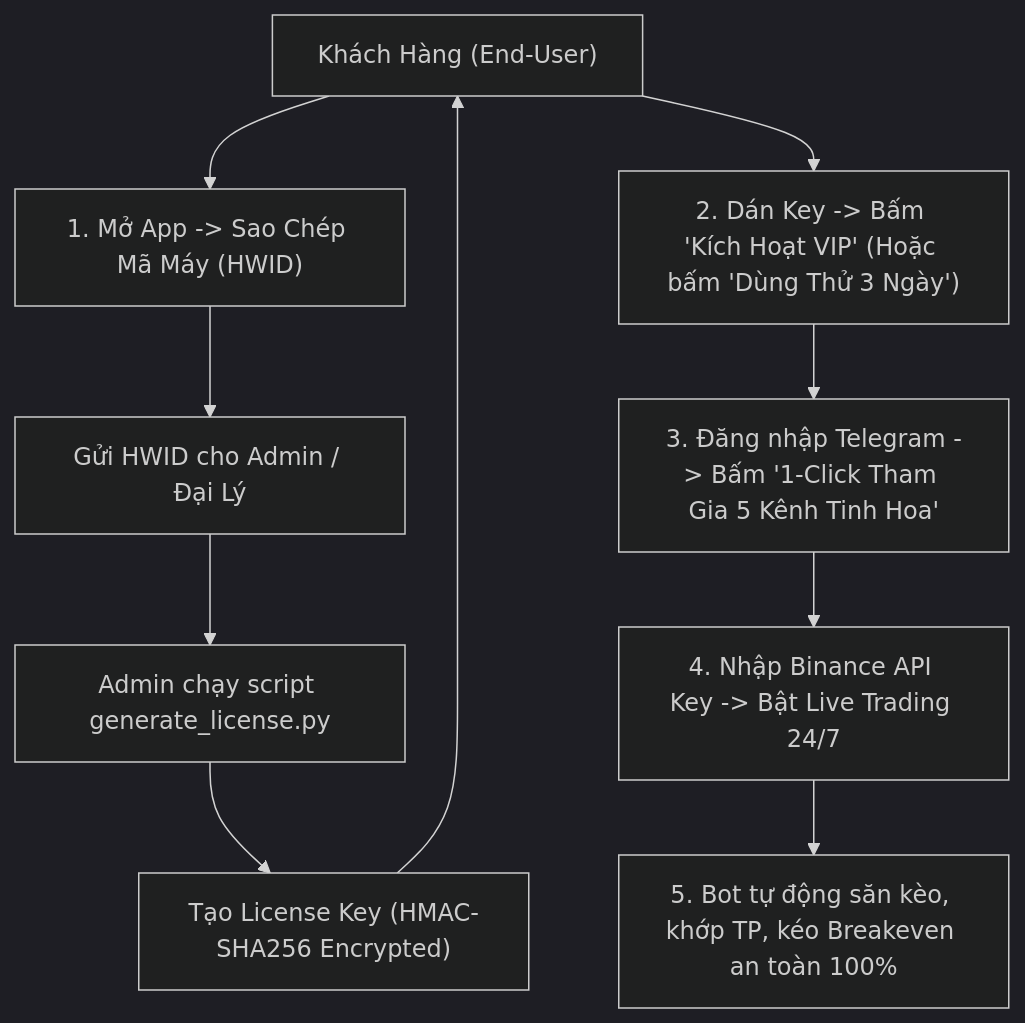
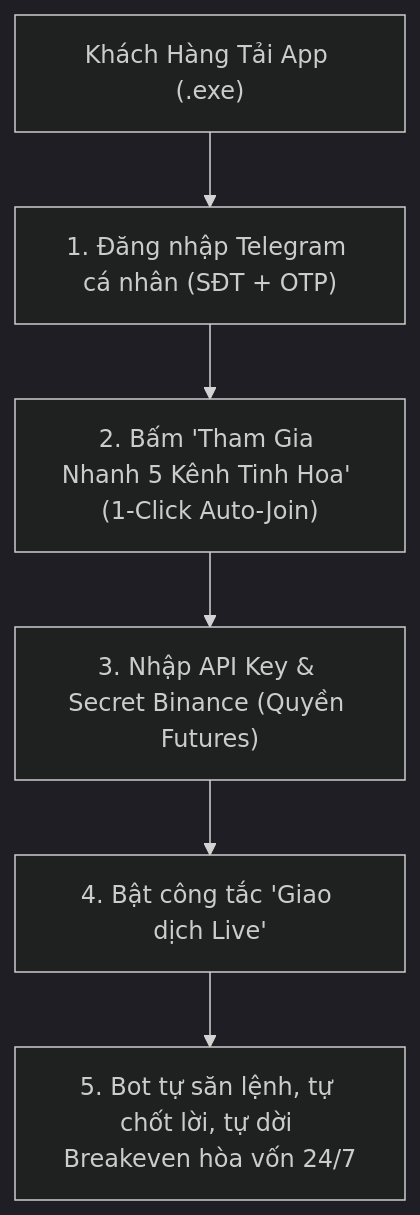
One commit to DungDT293/bottradecrypto changed the diagram in docs/COMMERCIAL_LICENSE_GUIDE.md. Above: the diagram before and after it, drawn with Mermaid (dark theme). The commit also changed other lines of this file, not shown here.

````diff
--- a/docs/COMMERCIAL_LICENSE_GUIDE.md
+++ b/docs/COMMERCIAL_LICENSE_GUIDE.md
@@ -9,12 +11,8 @@
 ```mermaid
 flowchart TD
-    User["Khách Hàng (End-User)"] --> Step1["1. Mở App -> Sao Chép Mã Máy (HWID)"]
-    Step1 --> Admin["Gửi HWID cho Admin / Đại Lý"]
-    Admin --> KeyGen["Admin chạy script generate_license.py"]
-    KeyGen --> LicenseKey["Tạo License Key (HMAC-SHA256 Encrypted)"]
-    LicenseKey --> User
-    User --> Activate["2. Dán Key -> Bấm 'Kích Hoạt VIP' (Hoặc bấm 'Dùng Thử 3 Ngày')"]
-    Activate --> TGAuth["3. Đăng nhập Telegram -> Bấm '1-Click Tham Gia 5 Kênh Tinh Hoa'"]
-    TGAuth --> BinanceAuth["4. Nhập Binance API Key -> Bật Live Trading 24/7"]
-    BinanceAuth --> Profit["5. Bot tự động săn kèo, khớp TP, kéo Breakeven an toàn 100%"]
+    User["Khách Hàng Tải App (.exe)"] --> Step1["1. Đăng nhập Telegram cá nhân (SĐT + OTP)"]
+    Step1 --> Step2["2. Bấm 'Tham Gia Nhanh 5 Kênh Tinh Hoa' (1-Click Auto-Join)"]
+    Step2 --> Step3["3. Nhập API Key & Secret Binance (Quyền Futures)"]
+    Step3 --> Step4["4. Bật công tắc 'Giao dịch Live'"]
+    Step4 --> AutoTrade["5. Bot tự săn lệnh, tự chốt lời, tự dời Breakeven hòa vốn 24/7"]
 ```
````
